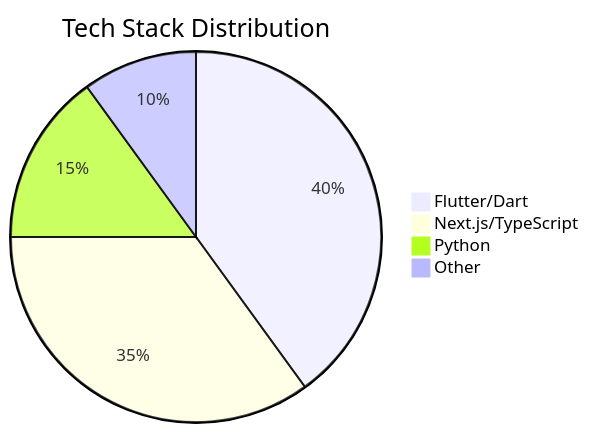
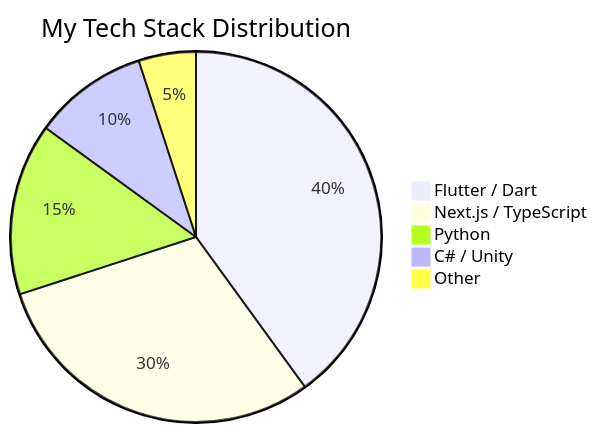
The first of 2 diagrams in README.md (LK-Hour/LK-Hour), drawn with Mermaid before and after one commit. The commit also changed other lines of this file and 1 other file, not shown here.

````diff
--- a/README.md
+++ b/README.md
@@ -190,7 +208,8 @@
 ```mermaid
-pie title Tech Stack Distribution
-    "Flutter/Dart" : 40
-    "Next.js/TypeScript" : 35
+pie title My Tech Stack Distribution
+    "Flutter / Dart" : 40
+    "Next.js / TypeScript" : 30
     "Python" : 15
-    "Other" : 10
+    "C# / Unity" : 10
+    "Other" : 5
 ```
````
